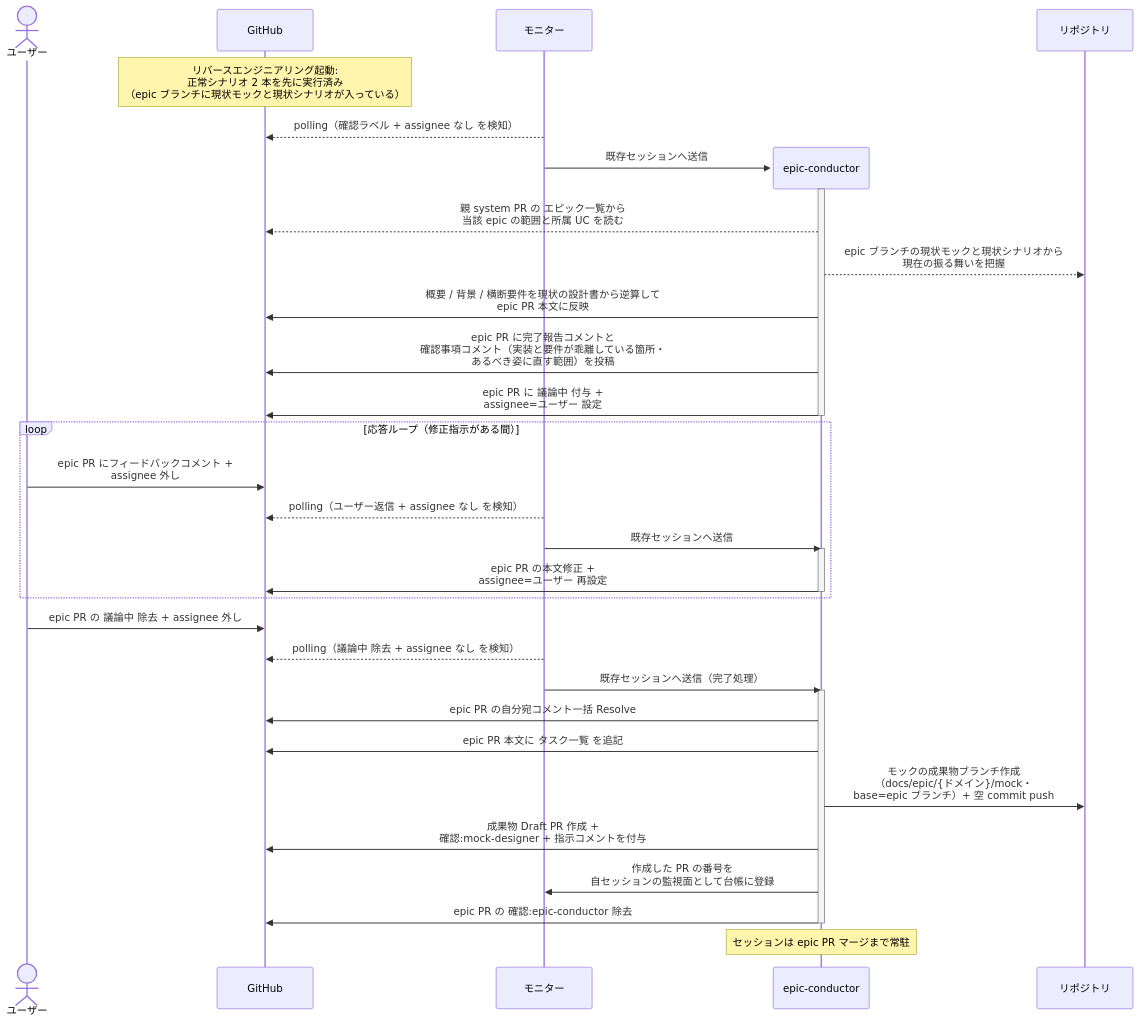
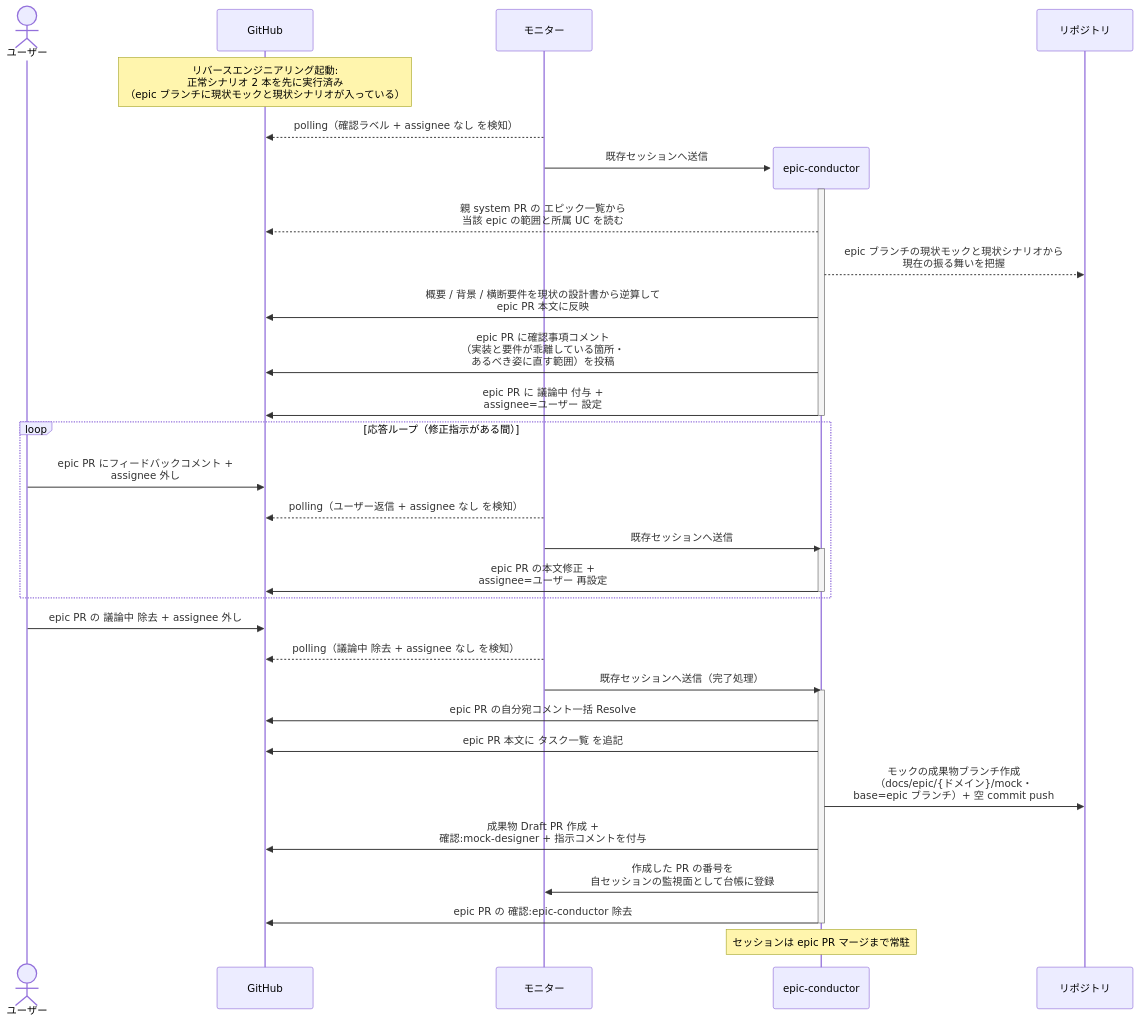
One commit to shuhei1101/ai-monitor changed the fifth of 5 diagrams in docs/wiki/設計図/シナリオ/単一ユースケース/epic要件確定.md. Above: the diagram before and after it, drawn with Mermaid. The commit also changed other lines of this file and 174 other files, not shown here.

````diff
--- a/docs/wiki/設計図/シナリオ/単一ユースケース/epic要件確定.md
+++ b/docs/wiki/設計図/シナリオ/単一ユースケース/epic要件確定.md
@@ -238,41 +238,41 @@
 ```mermaid
 sequenceDiagram
   actor U as ユーザー
   participant GH as GitHub
   participant ORC as モニター
 
   Note over GH: リバースエンジニアリング起動:<br>正常シナリオ 2 本を先に実行済み<br>（epic ブランチに現状モックと現状シナリオが入っている）
   ORC-->>GH: polling（確認ラベル + assignee なし を検知）
   create participant MON as epic-conductor
   ORC->>MON: 既存セッションへ送信
   participant REPO as リポジトリ
   activate MON
   MON-->>GH: 親 system PR の エピック一覧から<br>当該 epic の範囲と所属 UC を読む
   MON-->>REPO: epic ブランチの現状モックと現状シナリオから<br>現在の振る舞いを把握
   MON->>GH: 概要 / 背景 / 横断要件を現状の設計書から逆算して<br>epic PR 本文に反映
-  MON->>GH: epic PR に完了報告コメントと<br>確認事項コメント（実装と要件が乖離している箇所・<br>あるべき姿に直す範囲）を投稿
+  MON->>GH: epic PR に確認事項コメント<br>（実装と要件が乖離している箇所・<br>あるべき姿に直す範囲）を投稿
   MON->>GH: epic PR に 議論中 付与 +<br>assignee=ユーザー 設定
   deactivate MON
 
   loop 応答ループ（修正指示がある間）
     U->>GH: epic PR にフィードバックコメント +<br>assignee 外し
     ORC-->>GH: polling（ユーザー返信 + assignee なし を検知）
     ORC->>MON: 既存セッションへ送信
     activate MON
     MON->>GH: epic PR の本文修正 +<br>assignee=ユーザー 再設定
     deactivate MON
   end
 
   U->>GH: epic PR の 議論中 除去 + assignee 外し
   ORC-->>GH: polling（議論中 除去 + assignee なし を検知）
   ORC->>MON: 既存セッションへ送信（完了処理）
   activate MON
   MON->>GH: epic PR の自分宛コメント一括 Resolve
   MON->>GH: epic PR 本文に タスク一覧 を追記
   MON->>REPO: モックの成果物ブランチ作成<br>（docs/epic/{ドメイン}/mock・<br>base=epic ブランチ）+ 空 commit push
   MON->>GH: 成果物 Draft PR 作成 +<br>確認:mock-designer + 指示コメントを付与
   MON->>ORC: 作成した PR の番号を<br>自セッションの監視面として台帳に登録
   MON->>GH: epic PR の 確認:epic-conductor 除去
   deactivate MON
   Note over MON: セッションは epic PR マージまで常駐
 ```
````
